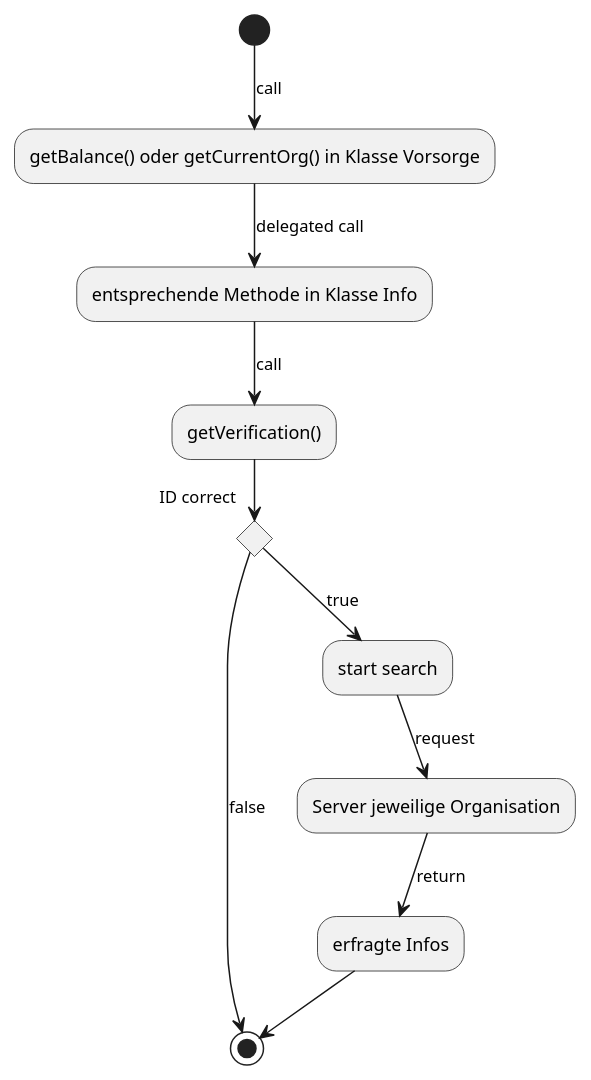
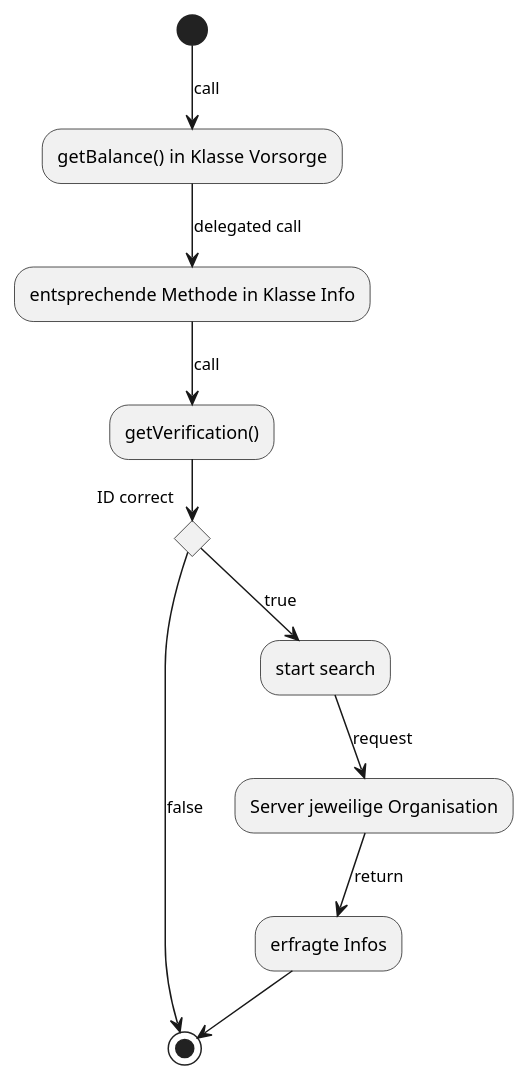
The diagram in docs/VVS_activity_getInfo.puml (TK5-Tim/Unibas-BCC2019-VVS), drawn with PlantUML before and after one commit. The commit also changed 1 other file, not shown here.

Commit message:
correct error in uml

```diff
--- a/docs/VVS_activity_getInfo.puml
+++ b/docs/VVS_activity_getInfo.puml
@@ -1,13 +1,13 @@
 @startuml Aktivitätsdiagram getInfo
-(*) -->[call] "getBalance() oder getCurrentOrg() in Klasse Vorsorge"
+(*) -->[call] "getBalance()  in Klasse Vorsorge"
  --> [delegated call]"entsprechende Methode in Klasse Info"
  --> [call] "getVerification()"
  if "ID correct" then 
     --> [true]"start search" as a1
  else 
  ->[false](*)
  endif 
  a1 -->[request] "Server jeweilige Organisation" 
  --> [return] "erfragte Infos"
  -->(*)
 @enduml
```
